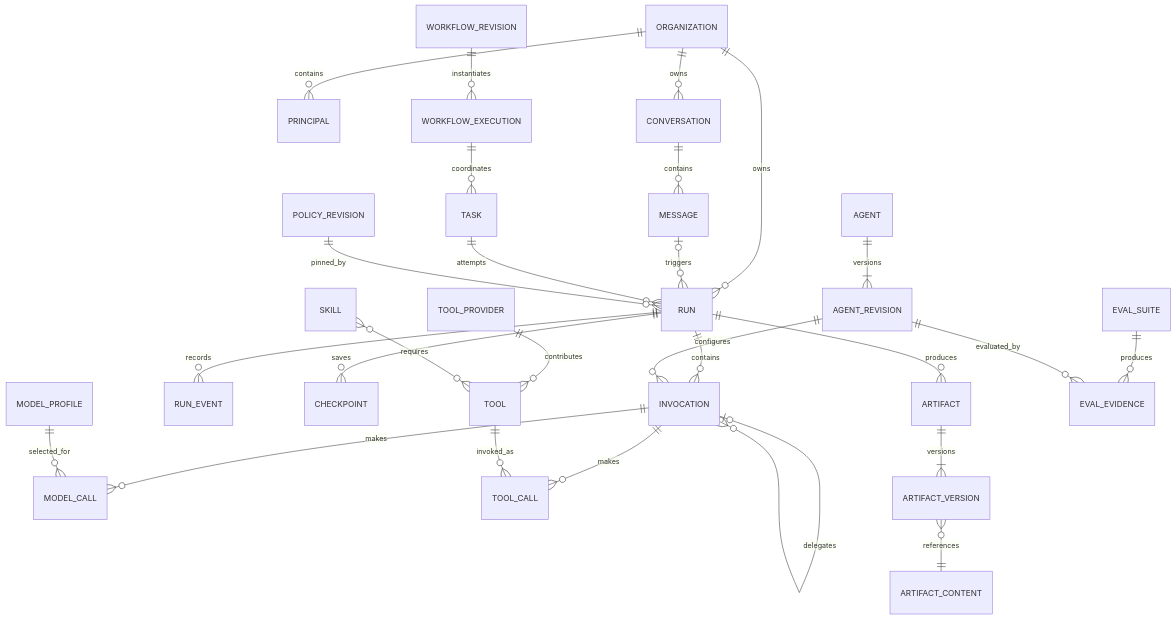
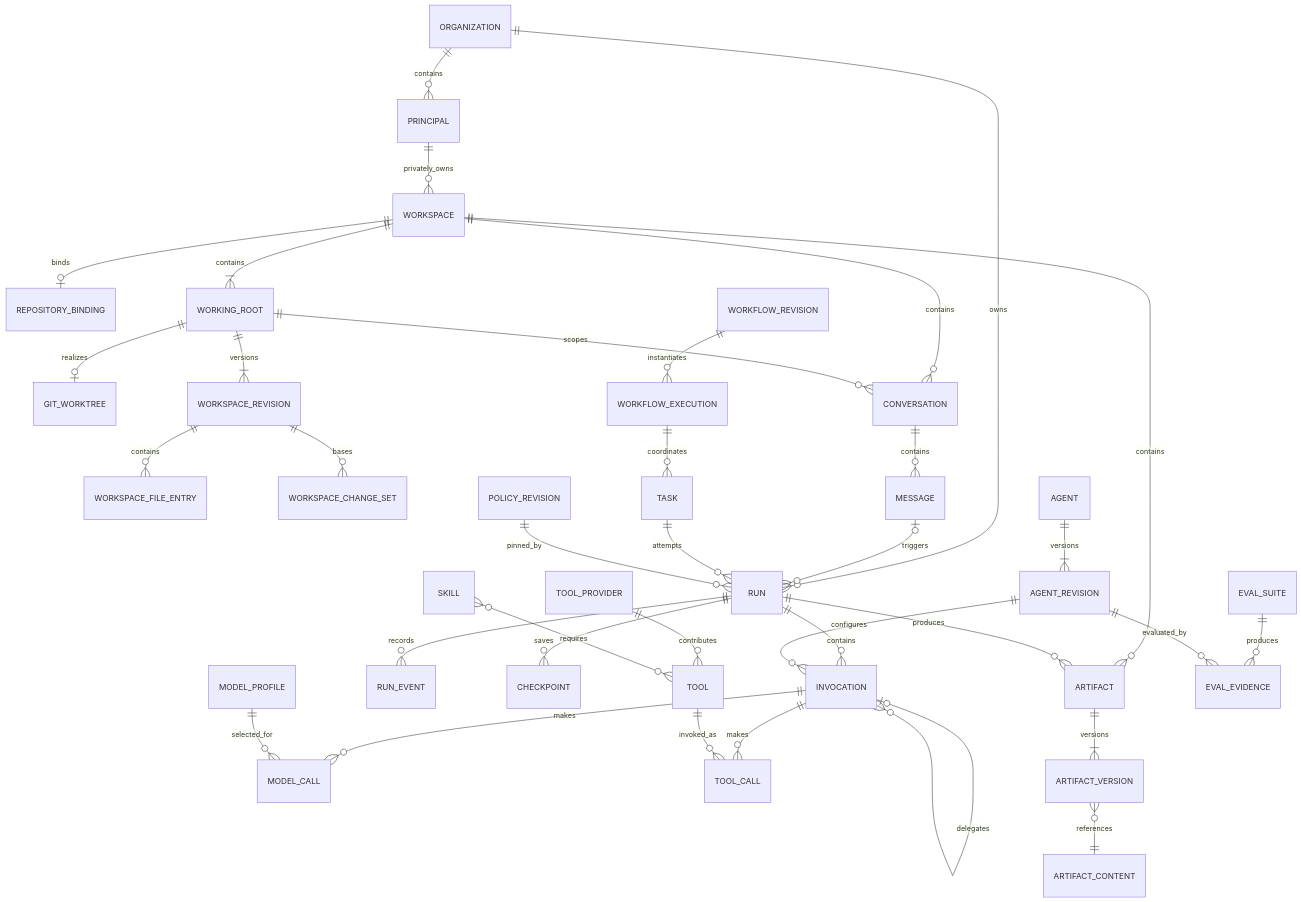
Before and after one commit to yiyisf/masterBot: the diagram in docs/architecture/diagrams/data-model.mmd, drawn with Mermaid. The commit also changed 20 other files, not shown here.

Commit message:
docs(architecture): define filesystem workspace slice (#137)

```diff
--- a/docs/architecture/diagrams/data-model.mmd
+++ b/docs/architecture/diagrams/data-model.mmd
@@ -1,27 +1,36 @@
 erDiagram
   ORGANIZATION ||--o{ PRINCIPAL : contains
-  ORGANIZATION ||--o{ CONVERSATION : owns
+  PRINCIPAL ||--o{ WORKSPACE : privately_owns
+  WORKSPACE ||--o| REPOSITORY_BINDING : binds
+  WORKSPACE ||--|{ WORKING_ROOT : contains
+  WORKING_ROOT ||--o| GIT_WORKTREE : realizes
+  WORKING_ROOT ||--|{ WORKSPACE_REVISION : versions
+  WORKSPACE_REVISION ||--o{ WORKSPACE_FILE_ENTRY : contains
+  WORKSPACE_REVISION ||--o{ WORKSPACE_CHANGE_SET : bases
+  WORKSPACE ||--o{ CONVERSATION : contains
+  WORKING_ROOT ||--o{ CONVERSATION : scopes
   CONVERSATION ||--o{ MESSAGE : contains
   ORGANIZATION ||--o{ RUN : owns
   MESSAGE o|--o{ RUN : triggers
   RUN ||--o{ INVOCATION : contains
   INVOCATION o|--o{ INVOCATION : delegates
   INVOCATION ||--o{ MODEL_CALL : makes
   INVOCATION ||--o{ TOOL_CALL : makes
   RUN ||--o{ RUN_EVENT : records
   RUN ||--o{ CHECKPOINT : saves
+  WORKSPACE ||--o{ ARTIFACT : contains
   RUN ||--o{ ARTIFACT : produces
   ARTIFACT ||--|{ ARTIFACT_VERSION : versions
   ARTIFACT_VERSION }o--|| ARTIFACT_CONTENT : references
   AGENT ||--|{ AGENT_REVISION : versions
   AGENT_REVISION ||--o{ INVOCATION : configures
   MODEL_PROFILE ||--o{ MODEL_CALL : selected_for
   TOOL ||--o{ TOOL_CALL : invoked_as
   TOOL_PROVIDER ||--o{ TOOL : contributes
   SKILL }o--o{ TOOL : requires
   TASK ||--o{ RUN : attempts
   WORKFLOW_REVISION ||--o{ WORKFLOW_EXECUTION : instantiates
   WORKFLOW_EXECUTION ||--o{ TASK : coordinates
   POLICY_REVISION ||--o{ RUN : pinned_by
   EVAL_SUITE ||--o{ EVAL_EVIDENCE : produces
   AGENT_REVISION ||--o{ EVAL_EVIDENCE : evaluated_by
```
